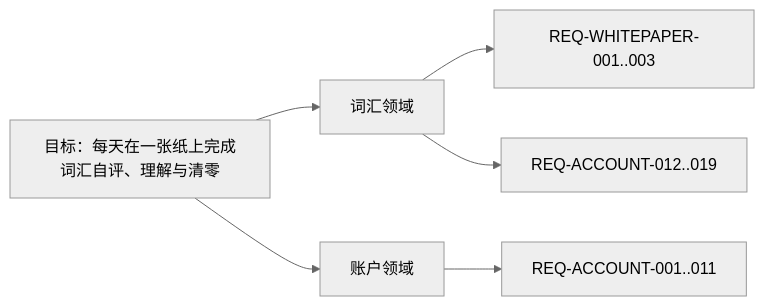
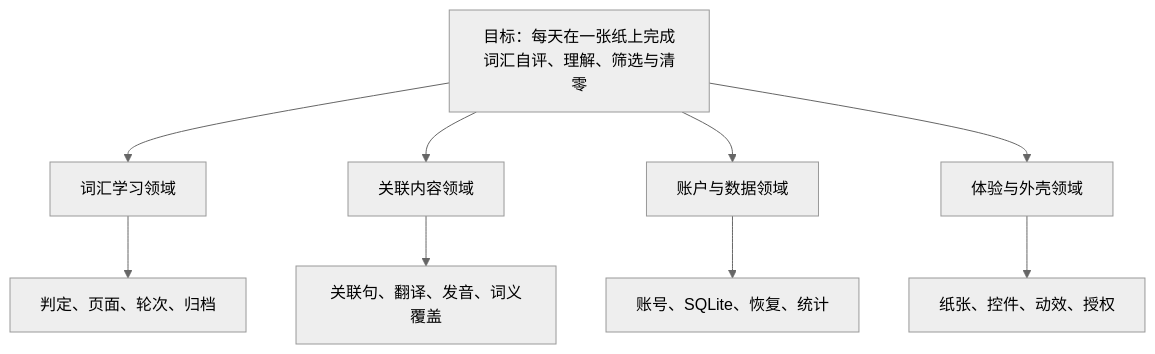
The diagram in docs/GOAL.md (morewhyhan/whitepaper-english), drawn with Mermaid (neutral theme) before and after one commit. The commit also changed other lines of this file and 1 other file, not shown here.

````diff
--- a/docs/GOAL.md
+++ b/docs/GOAL.md
@@ -34,9 +19,12 @@
 ```mermaid
-flowchart LR
-  G["目标：每天在一张纸上完成词汇自评、理解与清零"]
-  G --> D1["词汇领域"]
-  G --> D2["账户领域"]
-  D1 --> R1["REQ-WHITEPAPER-001..003"]
-  D1 --> R2["REQ-ACCOUNT-012..019"]
-  D2 --> R3["REQ-ACCOUNT-001..011"]
+flowchart TB
+  G["目标：每天在一张纸上完成词汇自评、理解、筛选与清零"]
+  G --> D1["词汇学习领域"]
+  G --> D2["关联内容领域"]
+  G --> D3["账户与数据领域"]
+  G --> D4["体验与外壳领域"]
+  D1 --> R1["判定、页面、轮次、归档"]
+  D2 --> R2["关联句、翻译、发音、词义覆盖"]
+  D3 --> R3["账号、SQLite、恢复、统计"]
+  D4 --> R4["纸张、控件、动效、授权"]
 ```
````
